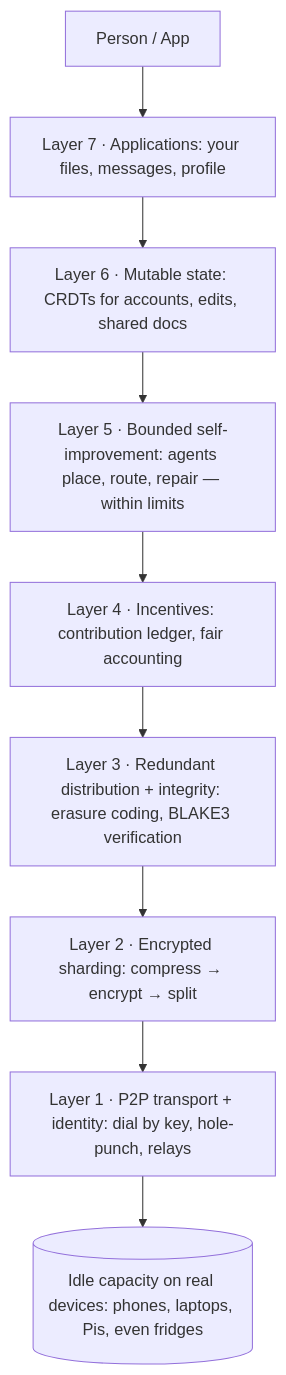
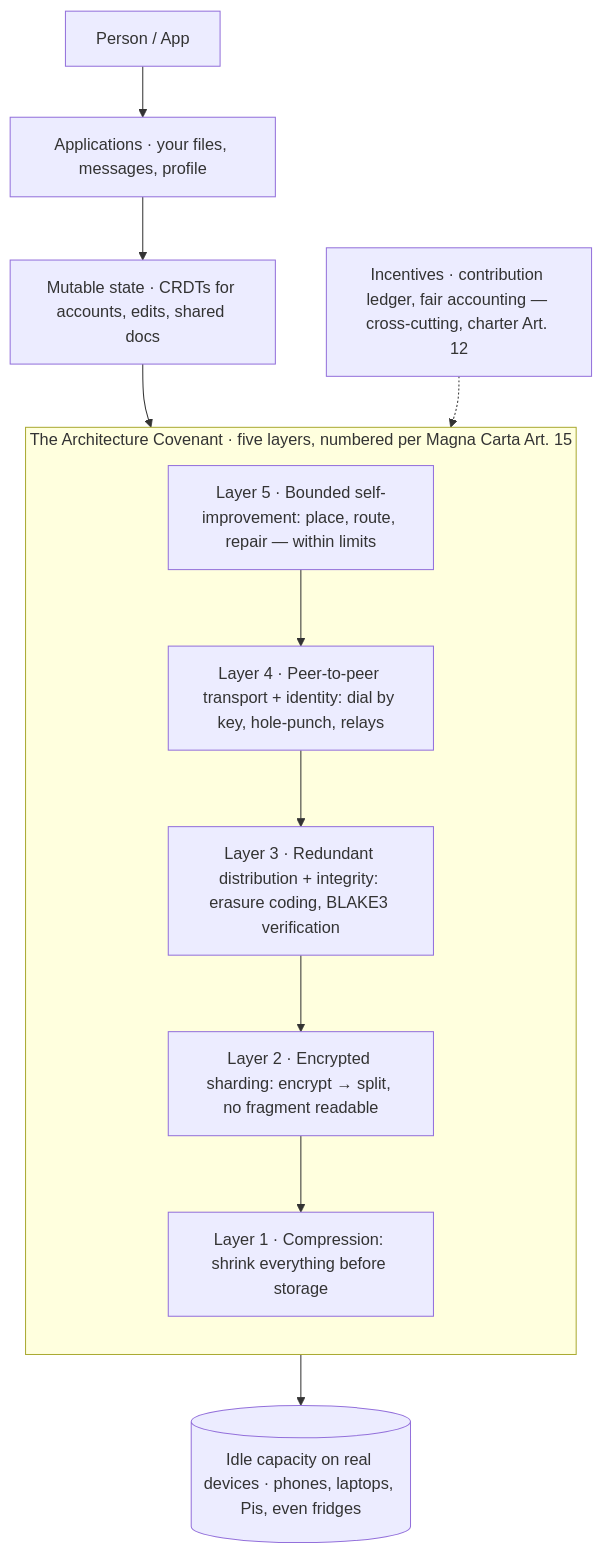
One commit to nmc192-ux/pipernet changed the first of 2 diagrams in docs/ENVISIONING.md. Above: the diagram before and after it, drawn with Mermaid. The commit also changed other lines of this file and 3 other files, not shown here.

````diff
--- a/docs/ENVISIONING.md
+++ b/docs/ENVISIONING.md
@@ -69,11 +71,17 @@
 ```mermaid
 graph TD
-    U[Person / App] --> L7[Layer 7 · Applications: your files, messages, profile]
-    L7 --> L6[Layer 6 · Mutable state: CRDTs for accounts, edits, shared docs]
-    L6 --> L5[Layer 5 · Bounded self-improvement: agents place, route, repair — within limits]
-    L5 --> L4[Layer 4 · Incentives: contribution ledger, fair accounting]
-    L4 --> L3[Layer 3 · Redundant distribution + integrity: erasure coding, BLAKE3 verification]
-    L3 --> L2[Layer 2 · Encrypted sharding: compress → encrypt → split]
-    L2 --> L1[Layer 1 · P2P transport + identity: dial by key, hole-punch, relays]
-    L1 --> D[(Idle capacity on real devices: phones, laptops, Pis, even fridges)]
+    U[Person / App] --> APP[Applications · your files, messages, profile]
+    APP --> MUT[Mutable state · CRDTs for accounts, edits, shared docs]
+    MUT --> COV
+    subgraph COV[The Architecture Covenant · five layers, numbered per Magna Carta Art. 15]
+      direction TB
+      L5[Layer 5 · Bounded self-improvement: place, route, repair — within limits]
+      L4[Layer 4 · Peer-to-peer transport + identity: dial by key, hole-punch, relays]
+      L3[Layer 3 · Redundant distribution + integrity: erasure coding, BLAKE3 verification]
+      L2[Layer 2 · Encrypted sharding: encrypt → split, no fragment readable]
+      L1[Layer 1 · Compression: shrink everything before storage]
+      L5 --> L4 --> L3 --> L2 --> L1
+    end
+    COV --> D[(Idle capacity on real devices · phones, laptops, Pis, even fridges)]
+    INC[Incentives · contribution ledger, fair accounting — cross-cutting, charter Art. 12] -.-> COV
 ```
````
